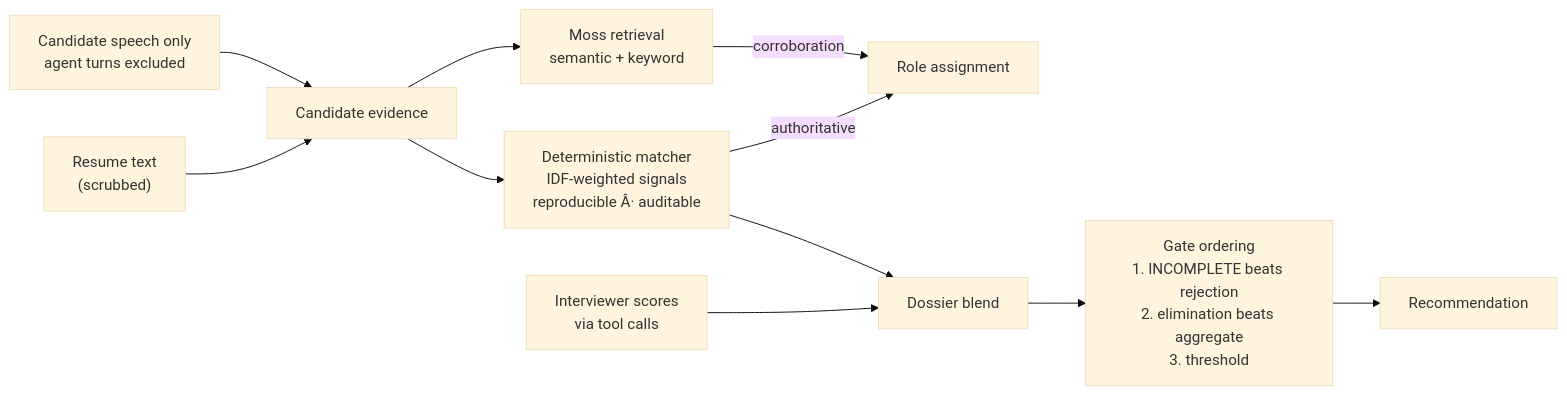
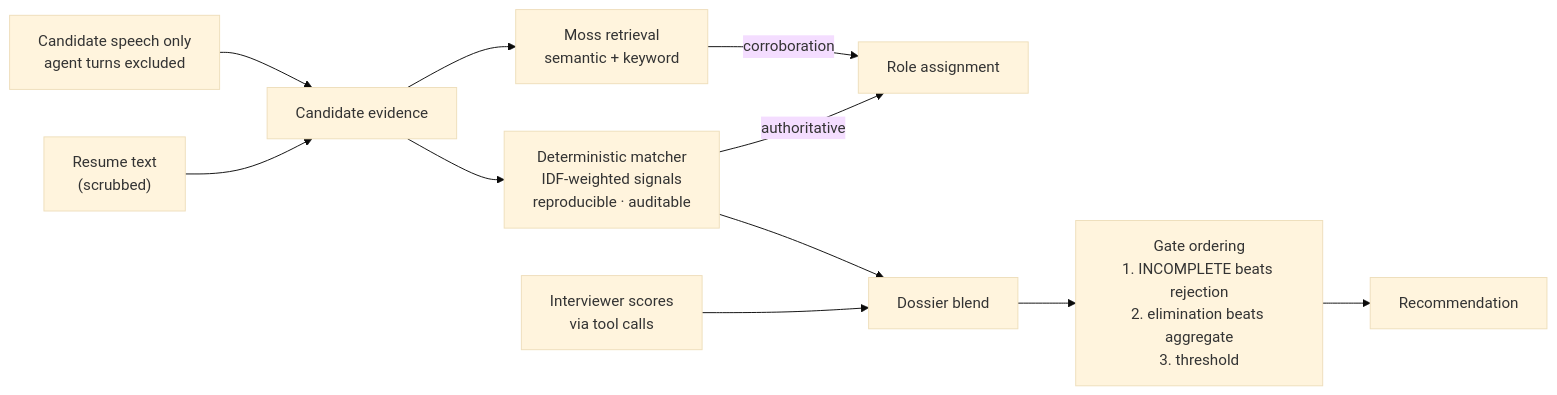
The fifth of 8 diagrams in docs/ARCHITECTURE.md (Oruwe/HR_agent), drawn with Mermaid (base theme) before and after one commit. The commit also changed other lines of this file and 1 other file, not shown here.

First line of the commit message:
Fix mojibake in README and ARCHITECTURE.md

````diff
--- a/docs/ARCHITECTURE.md
+++ b/docs/ARCHITECTURE.md
@@ -192,16 +192,16 @@
 ```mermaid
 flowchart LR
     RESUME["Resume text<br/>(scrubbed)"] --> EV["Candidate evidence"]
     SPEECH["Candidate speech only<br/>agent turns excluded"] --> EV
 
-    EV --> DET["Deterministic matcher<br/>IDF-weighted signals<br/>reproducible Â· auditable"]
+    EV --> DET["Deterministic matcher<br/>IDF-weighted signals<br/>reproducible · auditable"]
     EV --> MOSSC["Moss retrieval<br/>semantic + keyword"]
 
     DET -->|"authoritative"| ROUTE["Role assignment"]
     MOSSC -->|"corroboration"| ROUTE
 
     LIVE["Interviewer scores<br/>via tool calls"] --> BLEND["Dossier blend"]
     DET --> BLEND
     BLEND --> GATES["Gate ordering<br/>1. INCOMPLETE beats rejection<br/>2. elimination beats aggregate<br/>3. threshold"]
     GATES --> REC["Recommendation"]
 ```
````
